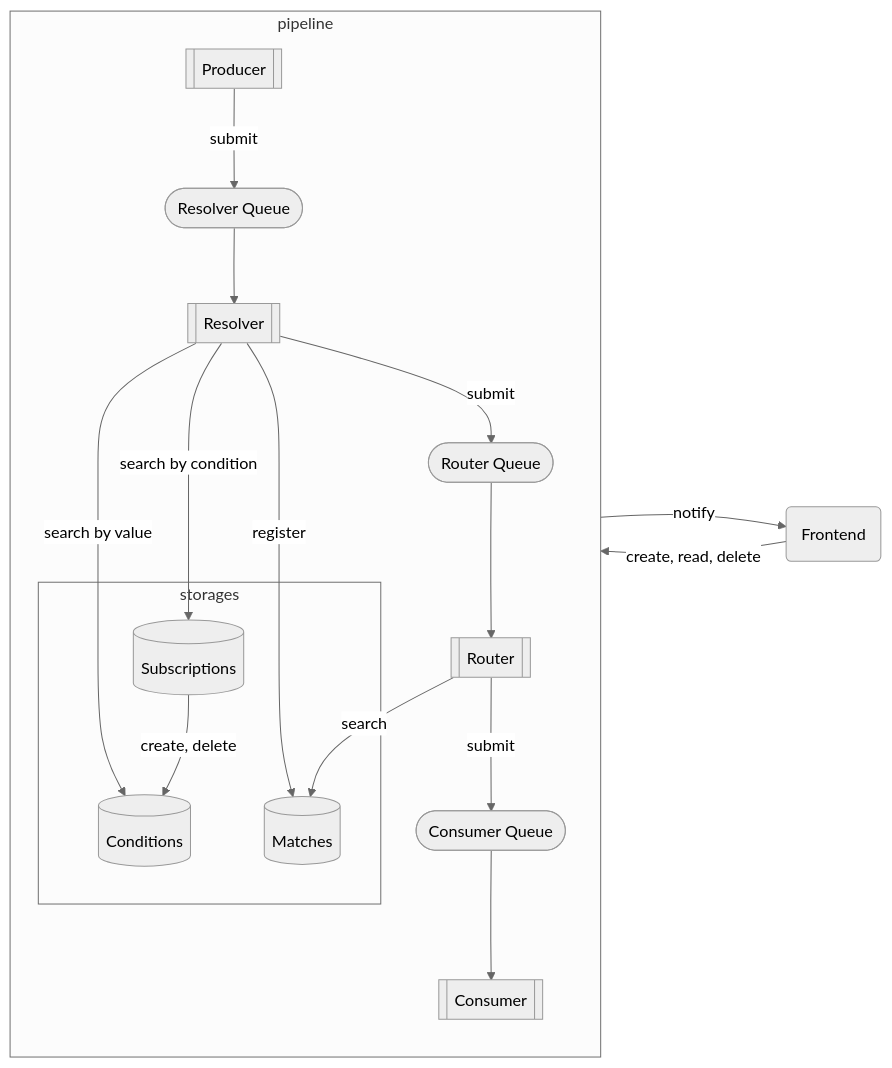
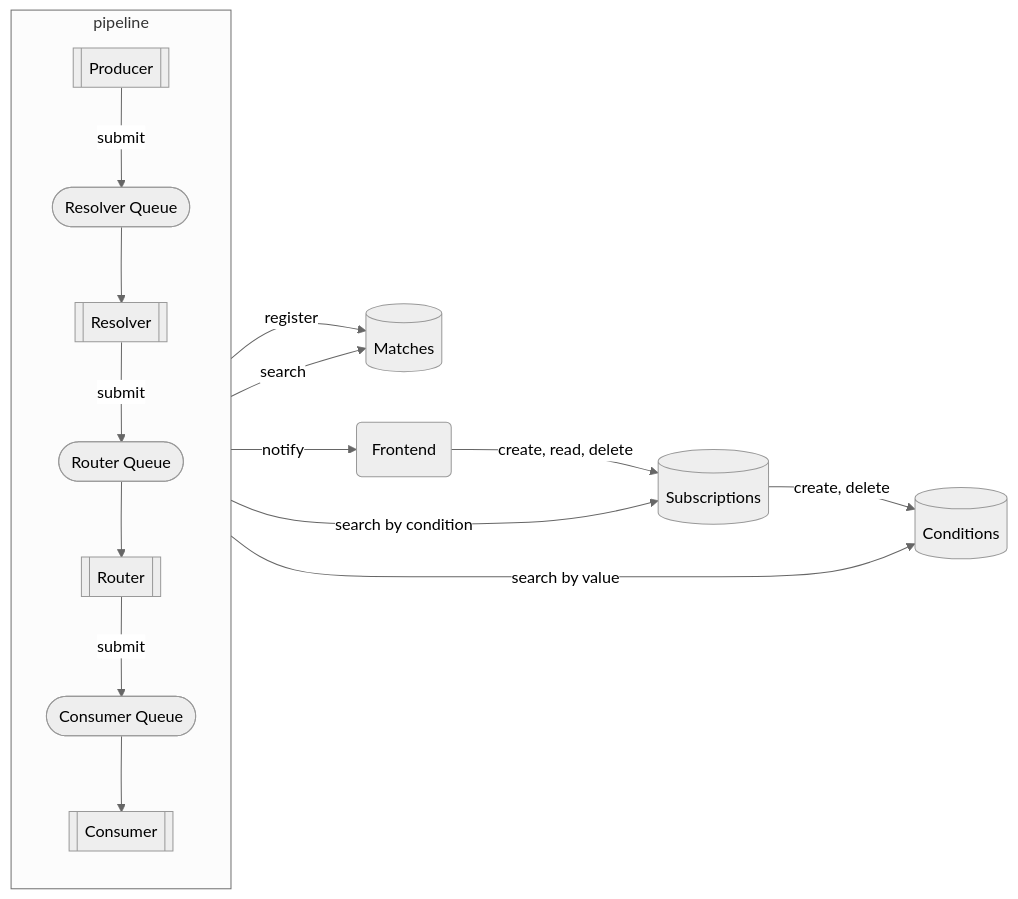
One commit to awakari/.github changed the second of 2 diagrams in profile/README.md. Above: the diagram before and after it, drawn with Mermaid.

````diff
--- a/profile/README.md
+++ b/profile/README.md
@@ -161,27 +161,25 @@
 ```mermaid
 %%{init: {'theme': 'neutral' } }%%
 flowchart LR
     subgraph pipeline
         direction TB
         producer[[Producer]]
         resolverQueue([Resolver Queue])
         resolver[[Resolver]]
         routerQueue([Router Queue])
         router[[Router]]
         consumerQueue([Consumer Queue])
         consumer[[Consumer]]
-        subgraph storages
-            conditions[(Conditions)]
-            subscriptions[(Subscriptions)]
-            matches[(Matches)]
-        end
     end
+    conditions[(Conditions)]
+    subscriptions[(Subscriptions)]
+    matches[(Matches)]
     frontend(Frontend) -->|create, read, delete| subscriptions
     producer -->|submit| resolverQueue
     resolver -->|search by value| conditions
     resolver --> |search by condition| subscriptions
     resolver --> |register| matches
     subscriptions --> |create, delete| conditions
     router --> |search| matches
     resolverQueue --> resolver -->|submit| routerQueue --> router -->|submit| consumerQueue --> consumer -->|notify| frontend
 ```
````
